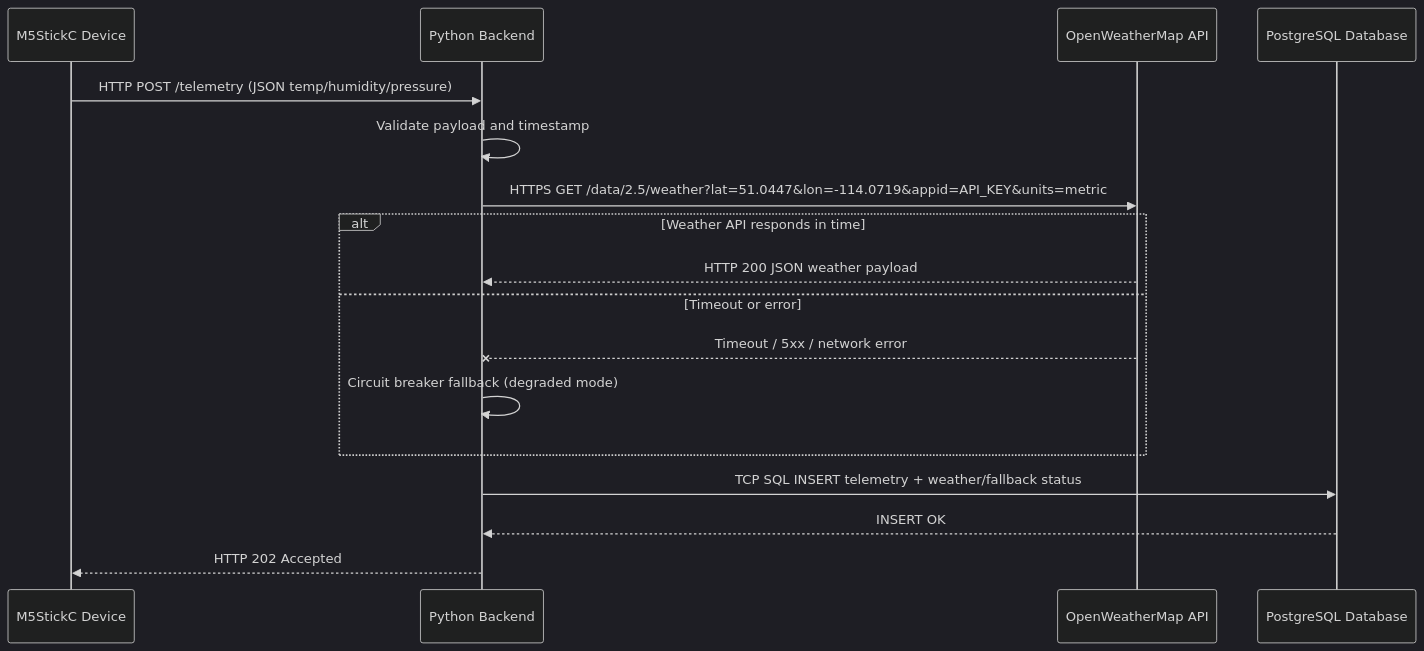
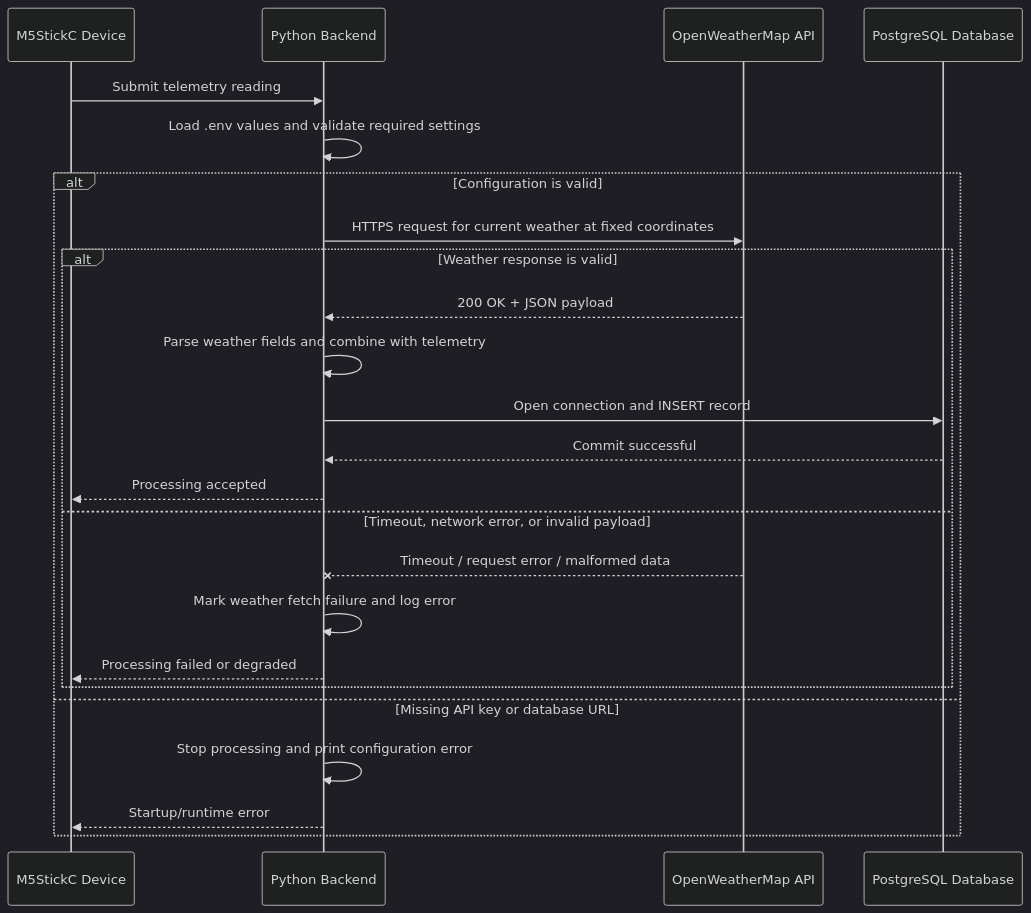
Before and after one commit to thecybershotguy/envirosync: the third of 3 diagrams in docs/Milestone3-Viewpoints.md, drawn with Mermaid (dark theme). The commit also changed other lines of this file, not shown here.

Commit message:
Update Milestone 3 process viewpoint to match current runtime design

````diff
--- a/docs/Milestone3-Viewpoints.md
+++ b/docs/Milestone3-Viewpoints.md
@@ -55,20 +55,27 @@
 ```mermaid
 sequenceDiagram
     participant Device as M5StickC Device
     participant Backend as Python Backend
     participant OWM as OpenWeatherMap API
     participant DB as PostgreSQL Database
 
-    Device->>Backend: HTTP POST /telemetry (JSON temp/humidity/pressure)
-    Backend->>Backend: Validate payload and timestamp
-    Backend->>OWM: HTTPS GET /data/2.5/weather?lat=51.0447&lon=-114.0719&appid=API_KEY&units=metric
-    alt Weather API responds in time
-        OWM-->>Backend: HTTP 200 JSON weather payload
-    else Timeout or error
-        OWM--xBackend: Timeout / 5xx / network error
-        Backend->>Backend: Circuit breaker fallback (degraded mode)
+    Device->>Backend: Submit telemetry reading
+    Backend->>Backend: Load .env values and validate required settings
+    alt Configuration is valid
+        Backend->>OWM: HTTPS request for current weather at fixed coordinates
+        alt Weather response is valid
+            OWM-->>Backend: 200 OK + JSON payload
+            Backend->>Backend: Parse weather fields and combine with telemetry
+            Backend->>DB: Open connection and INSERT record
+            DB-->>Backend: Commit successful
+            Backend-->>Device: Processing accepted
+        else Timeout, network error, or invalid payload
+            OWM--xBackend: Timeout / request error / malformed data
+            Backend->>Backend: Mark weather fetch failure and log error
+            Backend-->>Device: Processing failed or degraded
+        end
+    else Missing API key or database URL
+        Backend->>Backend: Stop processing and print configuration error
+        Backend-->>Device: Startup/runtime error
     end
-    Backend->>DB: TCP SQL INSERT telemetry + weather/fallback status
-    DB-->>Backend: INSERT OK
-    Backend-->>Device: HTTP 202 Accepted
 ```
````
